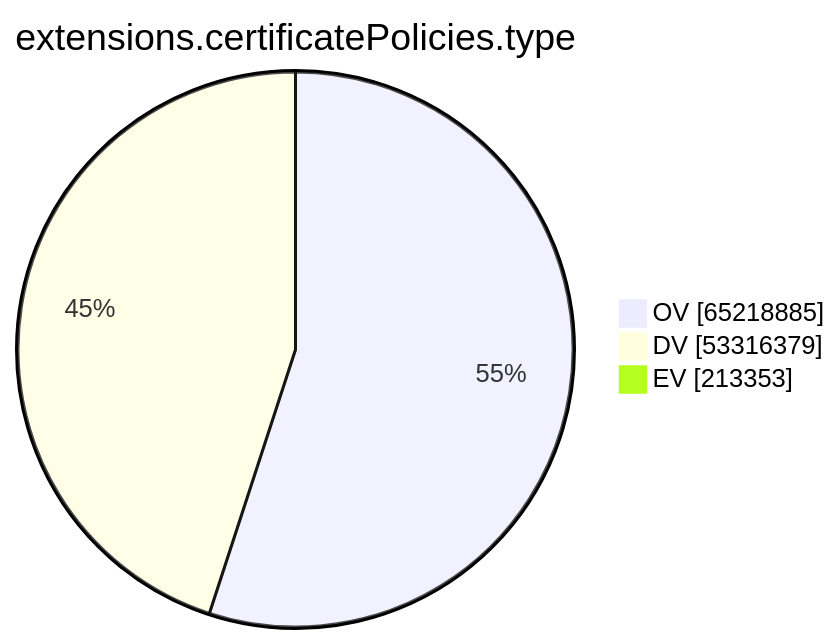
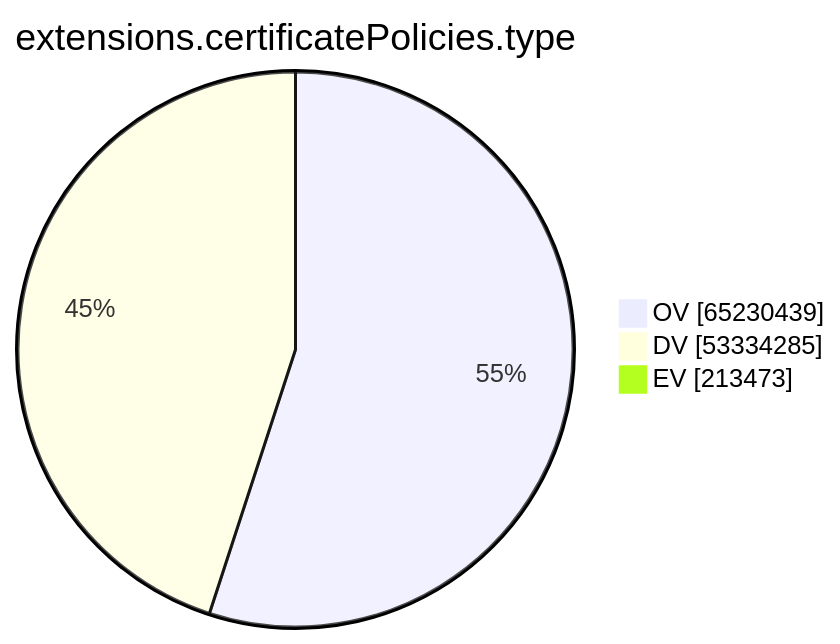
The ninth of 15 diagrams in argon2023/README.md (christiankrug/ctmonitor_visualization), drawn with Mermaid before and after one commit. The commit also changed other lines of this file, not shown here.

````diff
--- a/argon2023/README.md
+++ b/argon2023/README.md
@@ -2161,7 +2161,7 @@
 ```mermaid
 pie showData
 title extensions.certificatePolicies.type
-"OV" :65218885
-"DV" :53316379
-"EV" :213353
+"OV" :65230439
+"DV" :53334285
+"EV" :213473
 ```
````
